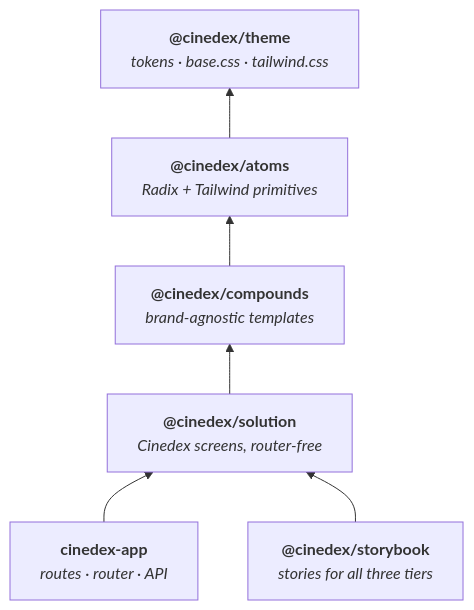
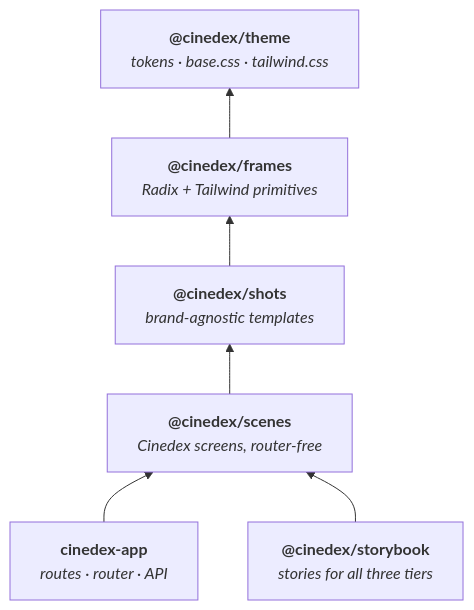
Before and after one commit to felipedferreira/Cinedex: the diagram in frontend/README.md, drawn with Mermaid. The commit also changed other lines of this file and 227 other files, not shown here.

Commit message:
refactor(frontend): rename component tiers to frames, shots and scenes (#86)

````diff
--- a/frontend/README.md
+++ b/frontend/README.md
@@ -15,15 +15,15 @@
 ```mermaid
 flowchart BT
     THEME["<b>@cinedex/theme</b><br/><i>tokens · base.css · tailwind.css</i>"]
-    ATOMS["<b>@cinedex/atoms</b><br/><i>Radix + Tailwind primitives</i>"]
-    COMPOUNDS["<b>@cinedex/compounds</b><br/><i>brand-agnostic templates</i>"]
-    SOLUTION["<b>@cinedex/solution</b><br/><i>Cinedex screens, router-free</i>"]
+    FRAMES["<b>@cinedex/frames</b><br/><i>Radix + Tailwind primitives</i>"]
+    SHOTS["<b>@cinedex/shots</b><br/><i>brand-agnostic templates</i>"]
+    SCENES["<b>@cinedex/scenes</b><br/><i>Cinedex screens, router-free</i>"]
     APP["<b>cinedex-app</b><br/><i>routes · router · API</i>"]
     SB["<b>@cinedex/storybook</b><br/><i>stories for all three tiers</i>"]
 
-    ATOMS --> THEME
-    COMPOUNDS --> ATOMS
-    SOLUTION --> COMPOUNDS
-    APP --> SOLUTION
-    SB --> SOLUTION
+    FRAMES --> THEME
+    SHOTS --> FRAMES
+    SCENES --> SHOTS
+    APP --> SCENES
+    SB --> SCENES
 ```
````
